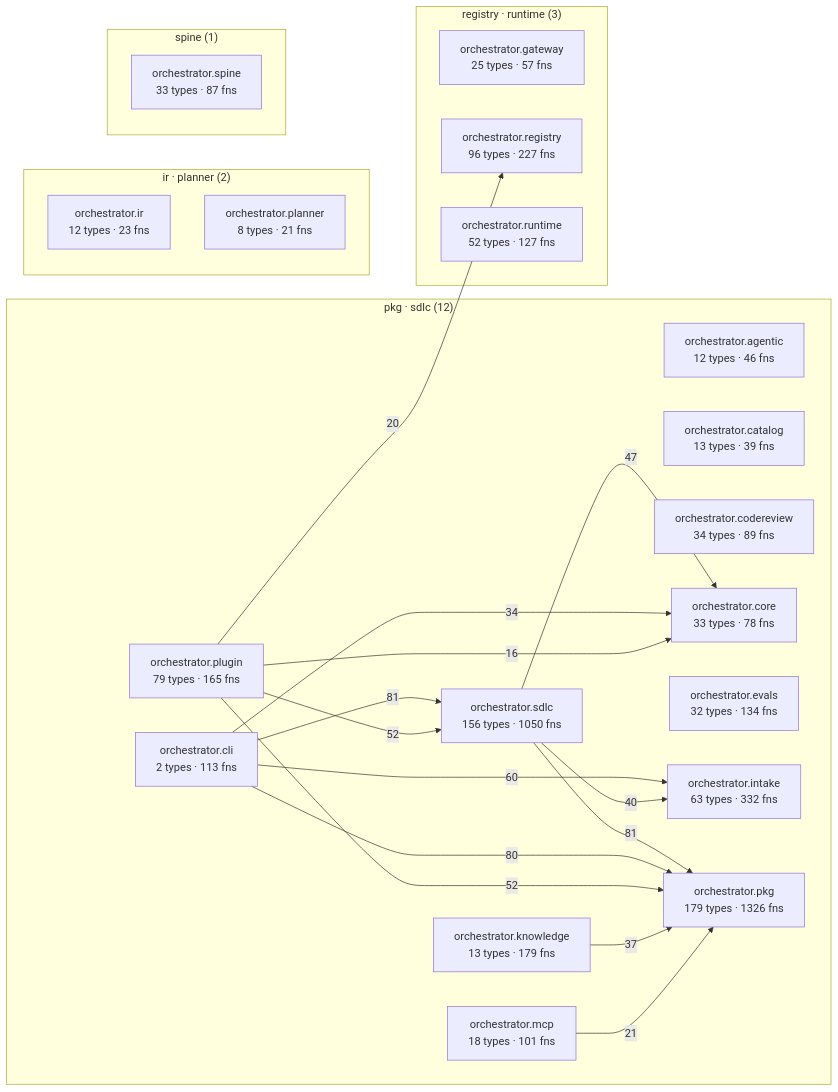
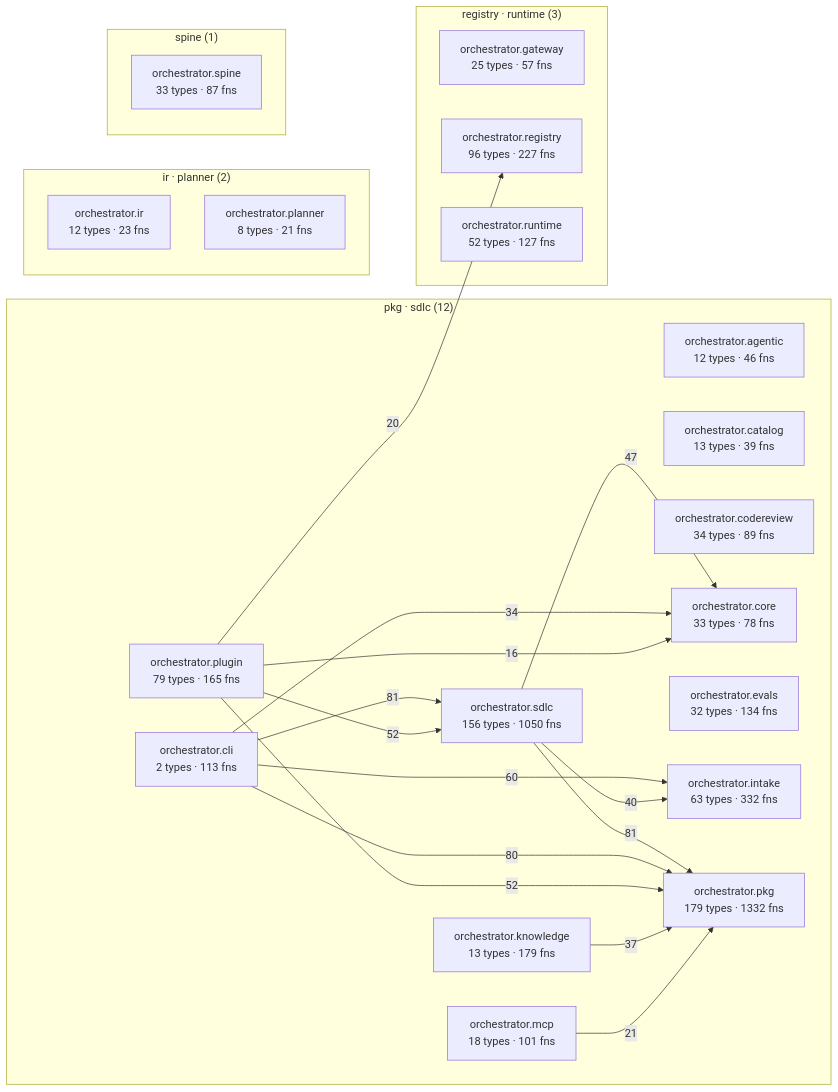
The diagram in episteme/architecture.md (synaptixs/spine), drawn with Mermaid before and after one commit. The commit also changed other lines of this file and 26 other files, not shown here.

````diff
--- a/episteme/architecture.md
+++ b/episteme/architecture.md
@@ -56,42 +56,42 @@
 ```mermaid
 flowchart LR
   subgraph c_2["pkg · sdlc (12)"]
     aorchestratoragentic["orchestrator.agentic<br/>12 types · 46 fns"]
     aorchestratorcatalog["orchestrator.catalog<br/>13 types · 39 fns"]
     aorchestratorcli["orchestrator.cli<br/>2 types · 113 fns"]
     aorchestratorcodereview["orchestrator.codereview<br/>34 types · 89 fns"]
     aorchestratorcore["orchestrator.core<br/>33 types · 78 fns"]
     aorchestratorevals["orchestrator.evals<br/>32 types · 134 fns"]
     aorchestratorintake["orchestrator.intake<br/>63 types · 332 fns"]
     aorchestratorknowledge["orchestrator.knowledge<br/>13 types · 179 fns"]
     aorchestratormcp["orchestrator.mcp<br/>18 types · 101 fns"]
-    aorchestratorpkg["orchestrator.pkg<br/>179 types · 1326 fns"]
+    aorchestratorpkg["orchestrator.pkg<br/>179 types · 1332 fns"]
     aorchestratorplugin["orchestrator.plugin<br/>79 types · 165 fns"]
     aorchestratorsdlc["orchestrator.sdlc<br/>156 types · 1050 fns"]
   end
   subgraph c_5["registry · runtime (3)"]
     aorchestratorgateway["orchestrator.gateway<br/>25 types · 57 fns"]
     aorchestratorregistry["orchestrator.registry<br/>96 types · 227 fns"]
     aorchestratorruntime["orchestrator.runtime<br/>52 types · 127 fns"]
   end
   subgraph c_7["ir · planner (2)"]
     aorchestratorir["orchestrator.ir<br/>12 types · 23 fns"]
     aorchestratorplanner["orchestrator.planner<br/>8 types · 21 fns"]
   end
   subgraph c_12["spine (1)"]
     aorchestratorspine["orchestrator.spine<br/>33 types · 87 fns"]
   end
   aorchestratorcli -->|81| aorchestratorsdlc
   aorchestratorsdlc -->|81| aorchestratorpkg
   aorchestratorcli -->|80| aorchestratorpkg
   aorchestratorcli -->|60| aorchestratorintake
   aorchestratorplugin -->|52| aorchestratorpkg
   aorchestratorplugin -->|52| aorchestratorsdlc
   aorchestratorsdlc -->|47| aorchestratorcore
   aorchestratorsdlc -->|40| aorchestratorintake
   aorchestratorknowledge -->|37| aorchestratorpkg
   aorchestratorcli -->|34| aorchestratorcore
   aorchestratormcp -->|21| aorchestratorpkg
   aorchestratorplugin -->|20| aorchestratorregistry
   aorchestratorplugin -->|16| aorchestratorcore
 ```
````
